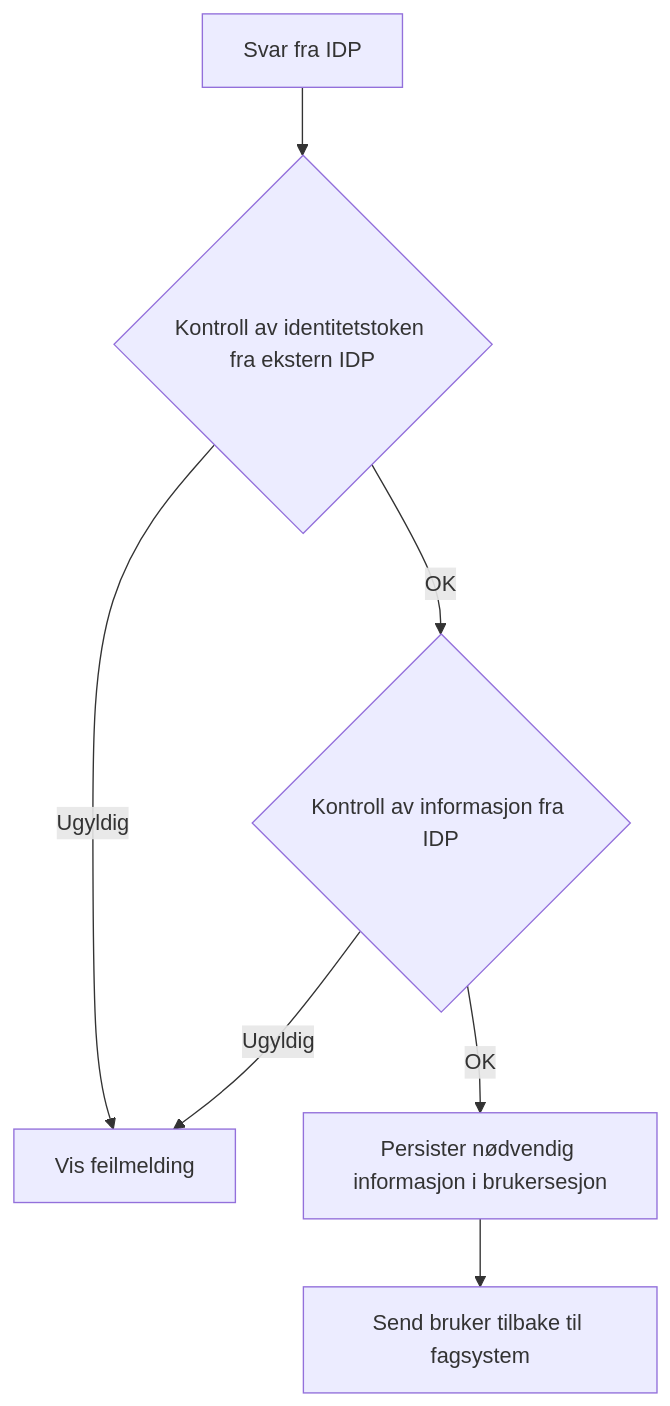
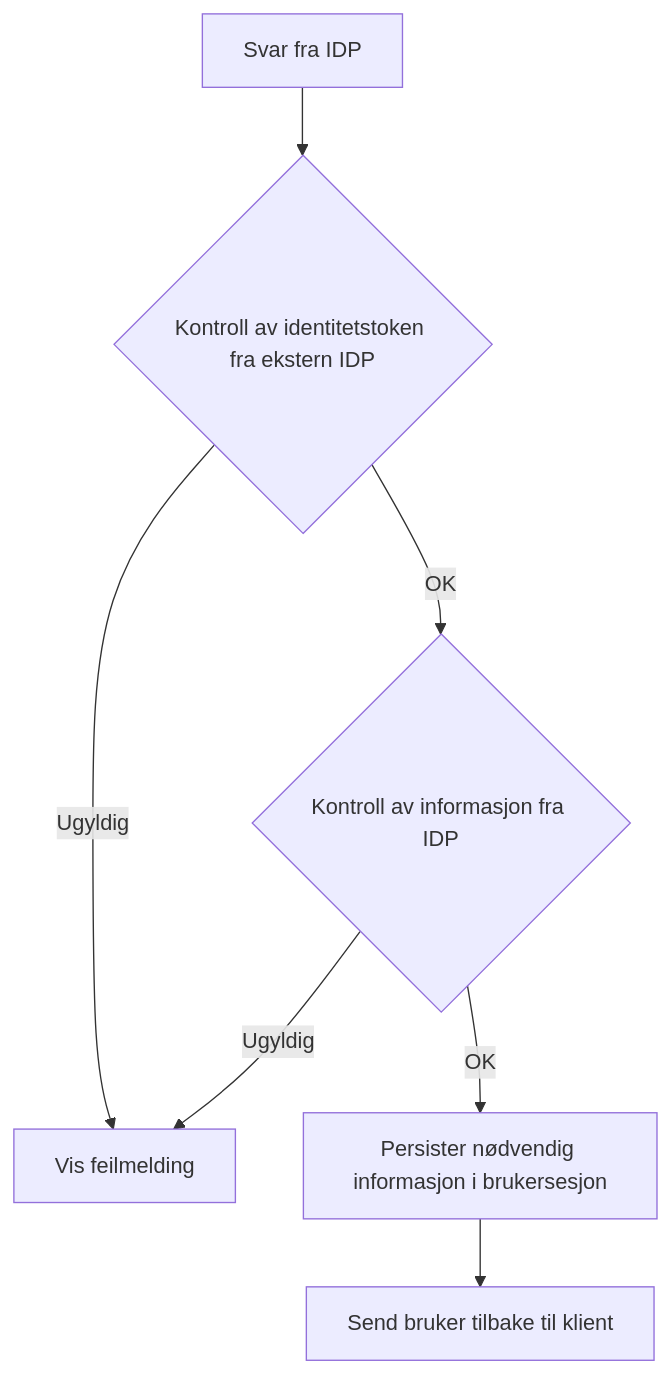
The third of 4 diagrams in specs/bruk_av_oidc.md (NorskHelsenett/Tillitsrammeverk), drawn with Mermaid before and after one commit. The commit also changed other lines of this file, not shown here.

````diff
--- a/specs/bruk_av_oidc.md
+++ b/specs/bruk_av_oidc.md
@@ -275,11 +269,11 @@
 ```mermaid
 flowchart TD
   Error[Vis feilmelding]
   IDP{Kontroll av identitetstoken fra ekstern IDP}  
   S[Svar fra IDP] --> IDP
   IDP-- Ugyldig --> Error
   IDP-- OK --> IDP_I{Kontroll av informasjon fra IDP}
   IDP_I-- Ugyldig --> Error
   IDP_I-- OK --> IDP_P[Persister nødvendig informasjon i brukersesjon]
-  IDP_P-->Client[Send bruker tilbake til fagsystem]  
+  IDP_P-->Client[Send bruker tilbake til klient]  
 ```
````
